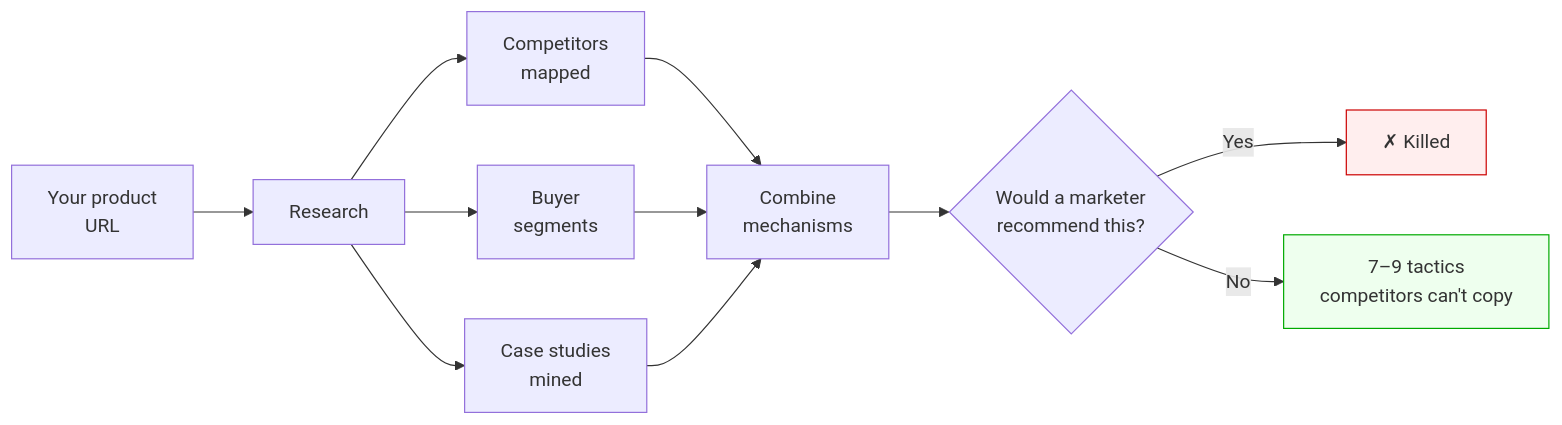
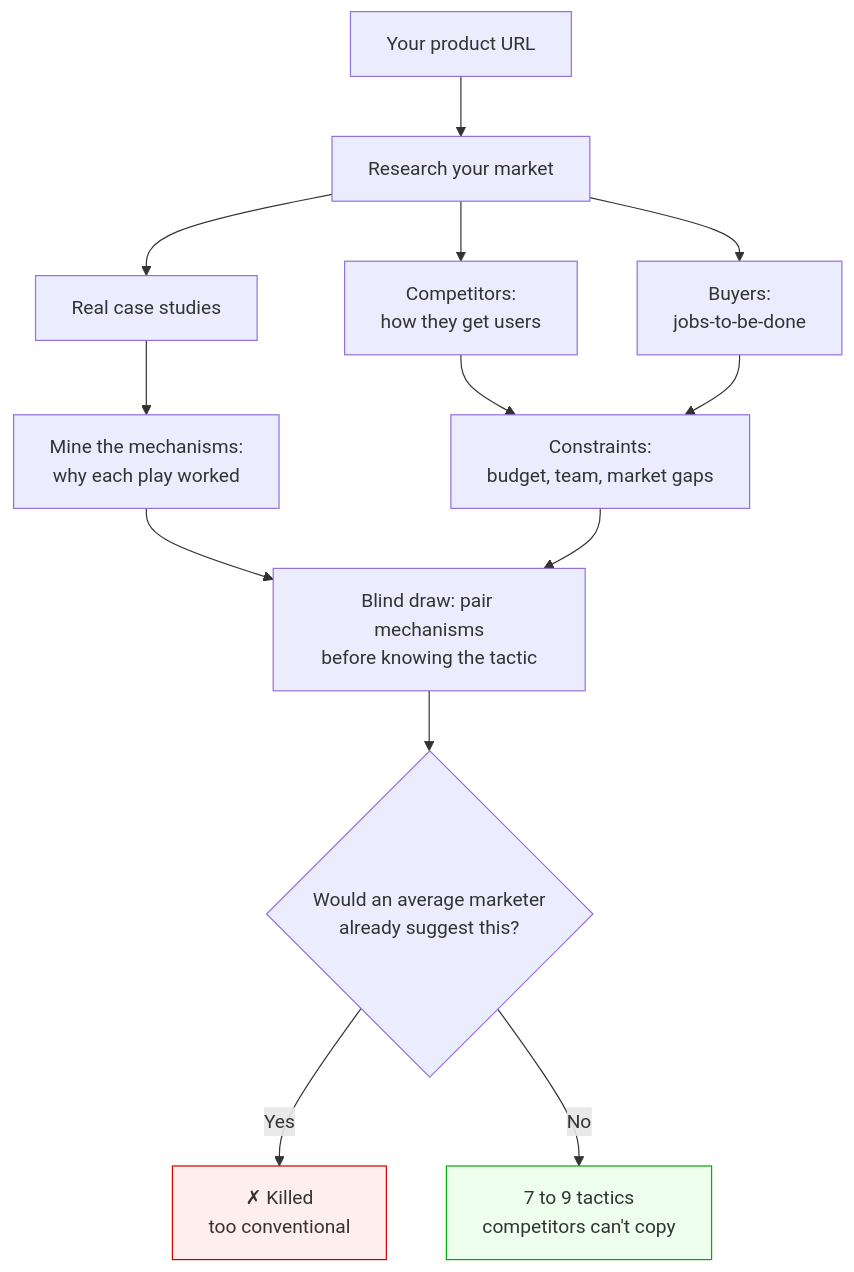
Before and after one commit to acogood/diffmode_free: the diagram in README.md, drawn with Mermaid. The commit also changed other lines of this file, not shown here.

First line of the commit message:
docs(readme): humanize copy and correct the how-it-works diagram

````diff
--- a/README.md
+++ b/README.md
@@ -9,16 +9,18 @@
 ```mermaid
-graph LR
-    A["Your product<br/>URL"] --> B["Research"]
-    B --> B1["Competitors<br/>mapped"]
-    B --> B2["Buyer<br/>segments"]
-    B --> B3["Case studies<br/>mined"]
-    B1 --> C["Combine<br/>mechanisms"]
-    B2 --> C
-    B3 --> C
-    C --> D{"Would a marketer<br/>recommend this?"}
-    D -- "Yes" --> X["✗ Killed"]
-    D -- "No" --> E["7–9 tactics<br/>competitors can't copy"]
+graph TD
+    A["Your product URL"] --> R["Research your market"]
+    R --> COMP["Competitors:<br/>how they get users"]
+    R --> BUY["Buyers:<br/>jobs-to-be-done"]
+    R --> CASE["Real case studies"]
+    CASE --> MINE["Mine the mechanisms:<br/>why each play worked"]
+    COMP --> CONS["Constraints:<br/>budget, team, market gaps"]
+    BUY --> CONS
+    MINE --> DRAW["Blind draw: pair mechanisms<br/>before knowing the tactic"]
+    CONS --> DRAW
+    DRAW --> GATE{"Would an average marketer<br/>already suggest this?"}
+    GATE -- "Yes" --> KILL["✗ Killed<br/>too conventional"]
+    GATE -- "No" --> OUT["7 to 9 tactics<br/>competitors can't copy"]
 
-    style X fill:#fee,stroke:#c00
-    style E fill:#efe,stroke:#0a0
+    style KILL fill:#fee,stroke:#c00
+    style OUT fill:#efe,stroke:#0a0
 ```
````
